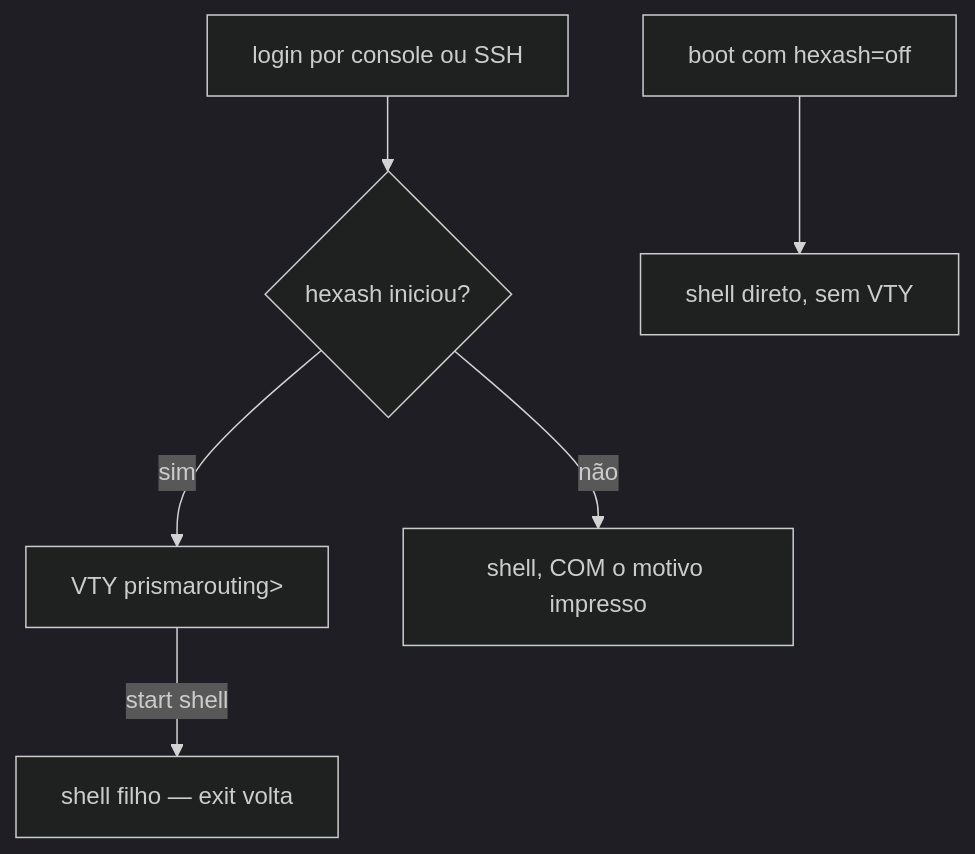
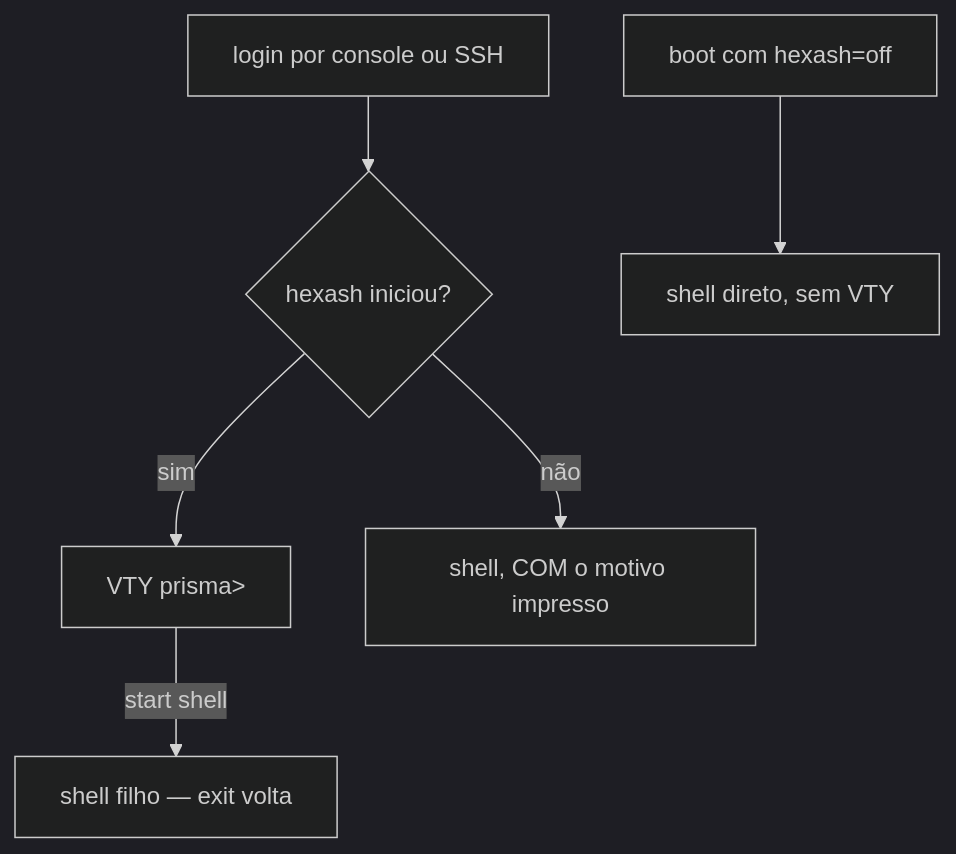
One commit to andrediashexa/prismarouting changed the diagram in wiki/comecar-aqui/acesso-login-e-papeis.md. Above: the diagram before and after it, drawn with Mermaid (dark theme). The commit also changed 27 other files, not shown here.

````diff
--- a/wiki/comecar-aqui/acesso-login-e-papeis.md
+++ b/wiki/comecar-aqui/acesso-login-e-papeis.md
@@ -3,8 +3,8 @@
 ```mermaid
 flowchart TD
     L["login por console ou SSH"] --> H{"hexash iniciou?"}
-    H -->|sim| V["VTY prismarouting&gt;"]
+    H -->|sim| V["VTY prisma&gt;"]
     H -->|não| F["shell, COM o motivo impresso"]
     V -->|"start shell"| S["shell filho — exit volta"]
     B["boot com hexash=off"] --> F2["shell direto, sem VTY"]
 ```
````
